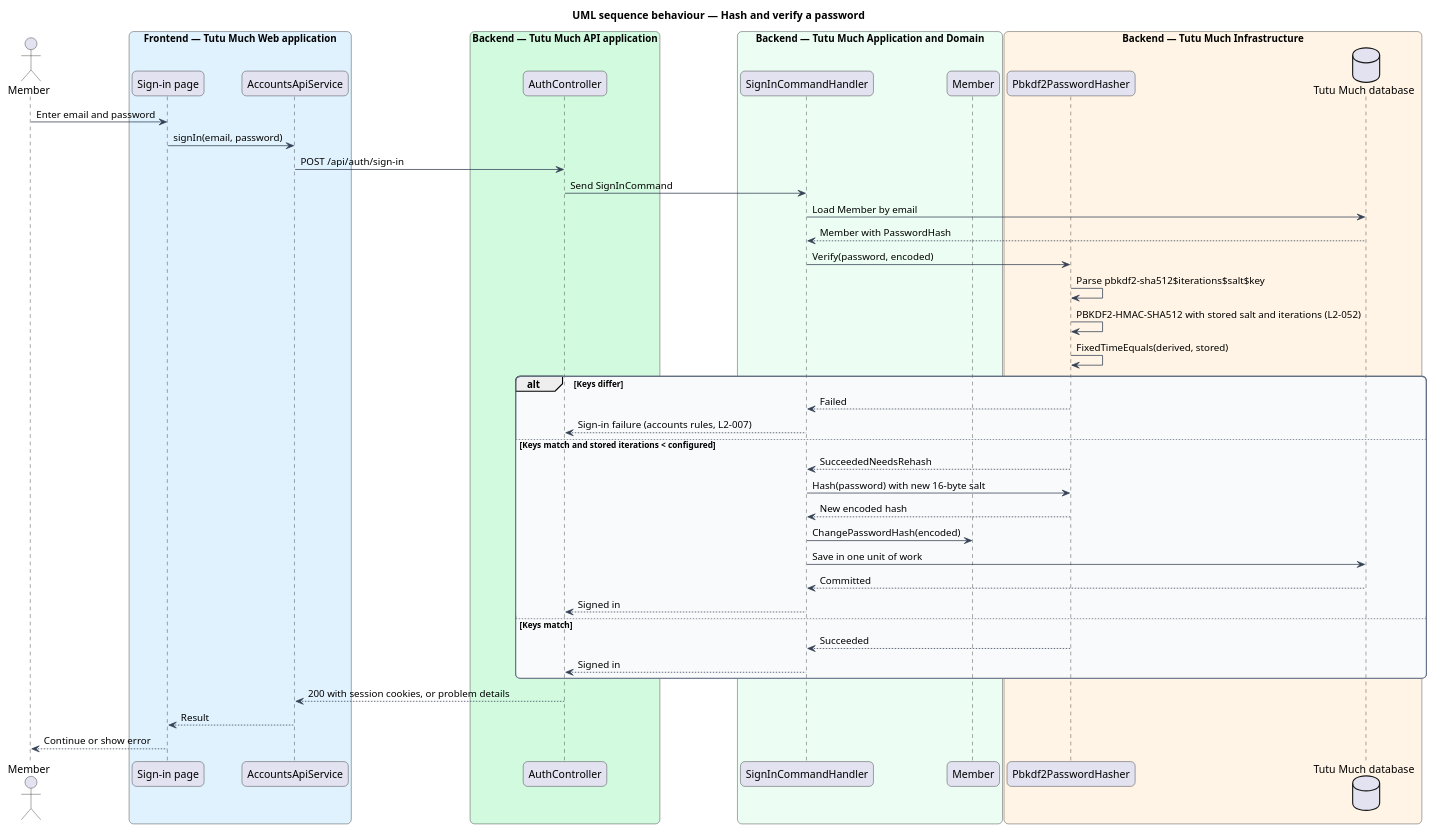
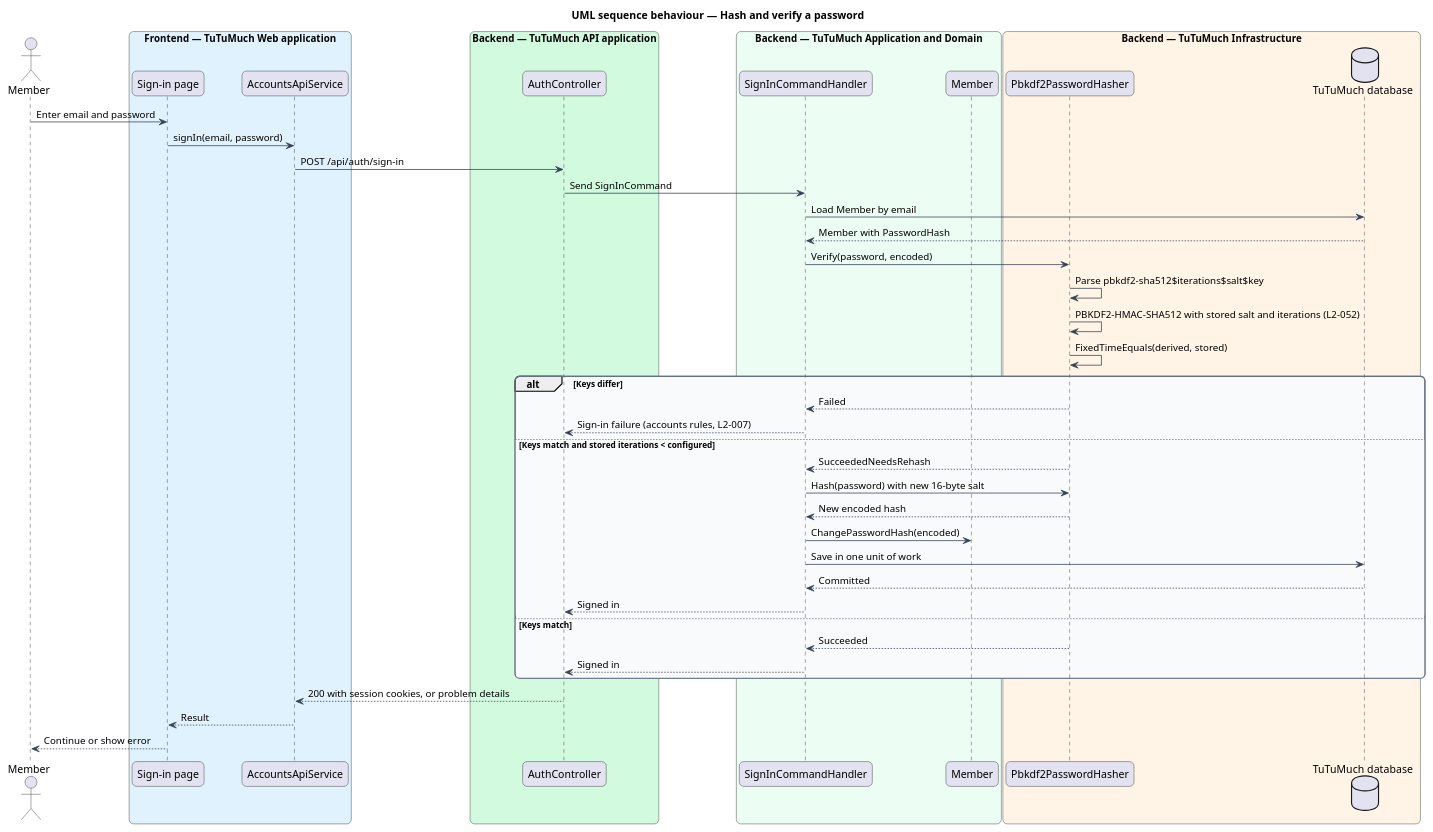
The diagram in docs/detailed-designs/platform/protect-credentials-and-supply-chain/diagrams/sequence-hash-and-verify-password.puml (QuinntyneBrown/tutumuch), drawn with PlantUML before and after one commit. The commit also changed 1004 other files, not shown here.

```diff
--- a/docs/detailed-designs/platform/protect-credentials-and-supply-chain/diagrams/sequence-hash-and-verify-password.puml
+++ b/docs/detailed-designs/platform/protect-credentials-and-supply-chain/diagrams/sequence-hash-and-verify-password.puml
@@ -1,61 +1,61 @@
 @startuml
 title UML sequence behaviour — Hash and verify a password
 skinparam backgroundColor #FFFFFF
 skinparam shadowing false
 skinparam roundcorner 12
 skinparam defaultFontName Arial
 skinparam ArrowColor #344054
 skinparam rectangle {
   BorderColor #344054
   FontColor #101828
 }
 skinparam package {
   BorderColor #667085
   FontColor #101828
   BackgroundColor #F9FAFB
 }
 actor "Member" as actor
-box "Frontend — Tutu Much Web application" #E0F2FE
+box "Frontend — TuTuMuch Web application" #E0F2FE
   participant "Sign-in page" as page
   participant "AccountsApiService" as client
 end box
-box "Backend — Tutu Much API application" #D1FADF
+box "Backend — TuTuMuch API application" #D1FADF
   participant "AuthController" as ctrl
 end box
-box "Backend — Tutu Much Application and Domain" #ECFDF3
+box "Backend — TuTuMuch Application and Domain" #ECFDF3
   participant "SignInCommandHandler" as handler
   participant "Member" as member
 end box
-box "Backend — Tutu Much Infrastructure" #FFF4E5
+box "Backend — TuTuMuch Infrastructure" #FFF4E5
   participant "Pbkdf2PasswordHasher" as hasher
-  database "Tutu Much database" as db
+  database "TuTuMuch database" as db
 end box
 actor -> page : Enter email and password
 page -> client : signIn(email, password)
 client -> ctrl : POST /api/auth/sign-in
 ctrl -> handler : Send SignInCommand
 handler -> db : Load Member by email
 db --> handler : Member with PasswordHash
 handler -> hasher : Verify(password, encoded)
 hasher -> hasher : Parse pbkdf2-sha512$iterations$salt$key
 hasher -> hasher : PBKDF2-HMAC-SHA512 with stored salt and iterations (L2-052)
 hasher -> hasher : FixedTimeEquals(derived, stored)
 alt Keys differ
   hasher --> handler : Failed
   handler --> ctrl : Sign-in failure (accounts rules, L2-007)
 else Keys match and stored iterations < configured
   hasher --> handler : SucceededNeedsRehash
   handler -> hasher : Hash(password) with new 16-byte salt
   hasher --> handler : New encoded hash
   handler -> member : ChangePasswordHash(encoded)
   handler -> db : Save in one unit of work
   db --> handler : Committed
   handler --> ctrl : Signed in
 else Keys match
   hasher --> handler : Succeeded
   handler --> ctrl : Signed in
 end
 ctrl --> client : 200 with session cookies, or problem details
 client --> page : Result
 page --> actor : Continue or show error
 @enduml
```
